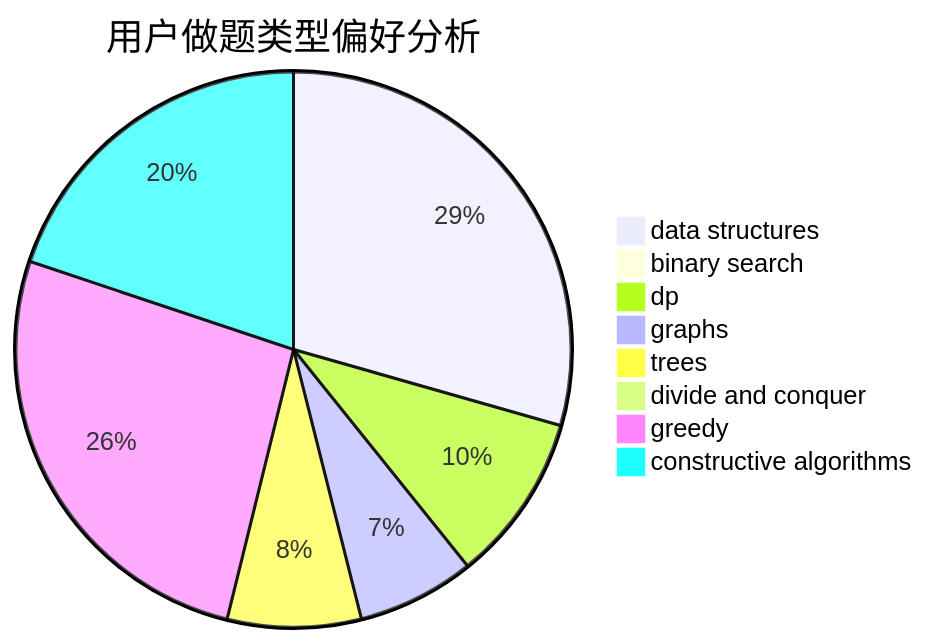
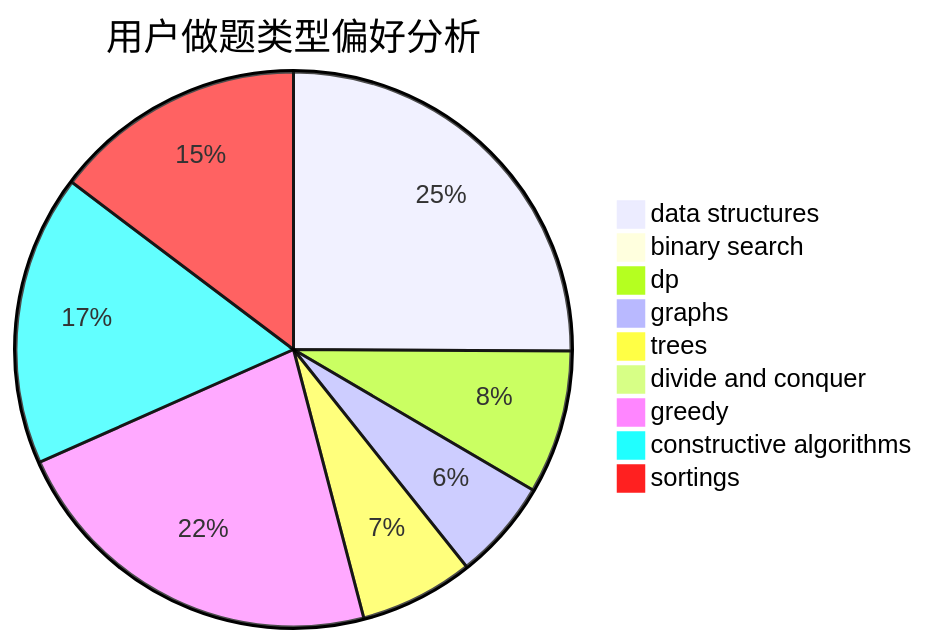
Before and after one commit to sherpahu/cfrs.github.io: the second of 3 diagrams in docs/user/u880.md, drawn with Mermaid. The commit also changed other lines of this file and 2769 other files, not shown here.

````diff
--- a/docs/user/u880.md
+++ b/docs/user/u880.md
@@ -23,11 +18,12 @@
 ```mermaid
 pie title 用户做题类型偏好分析
     "data structures" :  348
     "binary search" :  8
     "dp" :  116
     "graphs" :  81
     "trees" :  92
     "divide and conquer" :  0
     "greedy" :  311
     "constructive algorithms" :  235
+    "sortings" :  204
 ```
````
